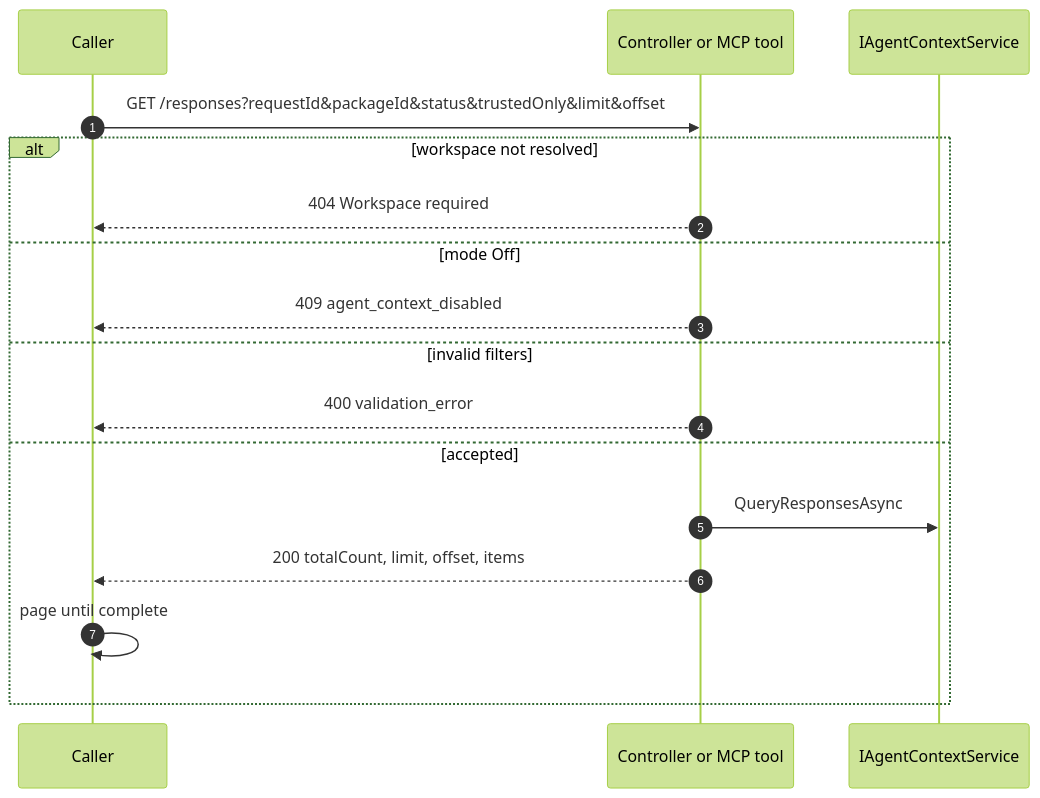
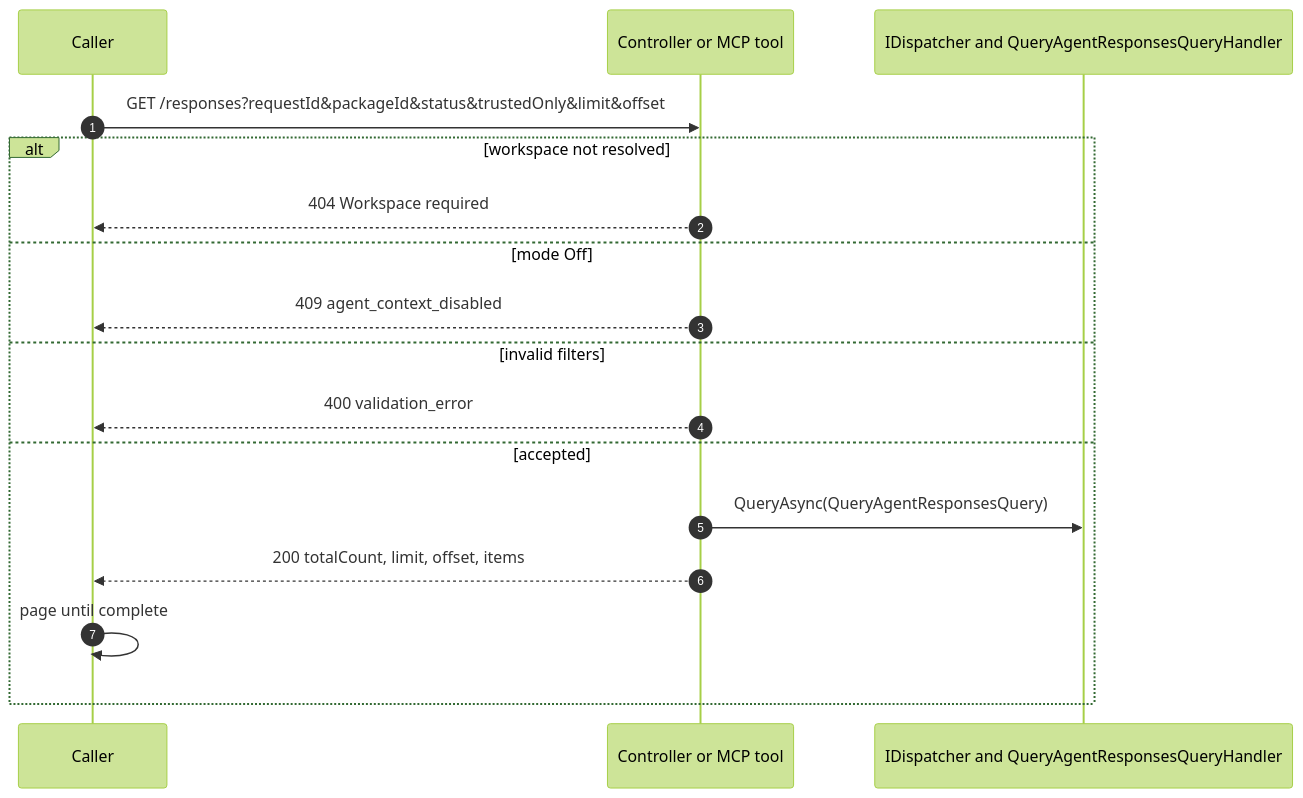
Before and after one commit to sharpninja/McpServer: diagram 34 of 59 in docs/Stateless-Agent-Context-Management.md, drawn with Mermaid (forest theme). The commit also changed other lines of this file and 2 other files, not shown here.

````diff
--- a/docs/Stateless-Agent-Context-Management.md
+++ b/docs/Stateless-Agent-Context-Management.md
@@ -1187,19 +1204,19 @@
 ```mermaid
 sequenceDiagram
     autonumber
     participant Caller
     participant API as Controller or MCP tool
-    participant SVC as IAgentContextService
+    participant SVC as IDispatcher and QueryAgentResponsesQueryHandler
     Caller->>API: GET /responses?requestId&packageId&status&trustedOnly&limit&offset
     alt workspace not resolved
         API-->>Caller: 404 Workspace required
     else mode Off
         API-->>Caller: 409 agent_context_disabled
     else invalid filters
         API-->>Caller: 400 validation_error
     else accepted
-        API->>SVC: QueryResponsesAsync
+        API->>SVC: QueryAsync(QueryAgentResponsesQuery)
         API-->>Caller: 200 totalCount, limit, offset, items
         Caller->>Caller: page until complete
     end
 ```
````
